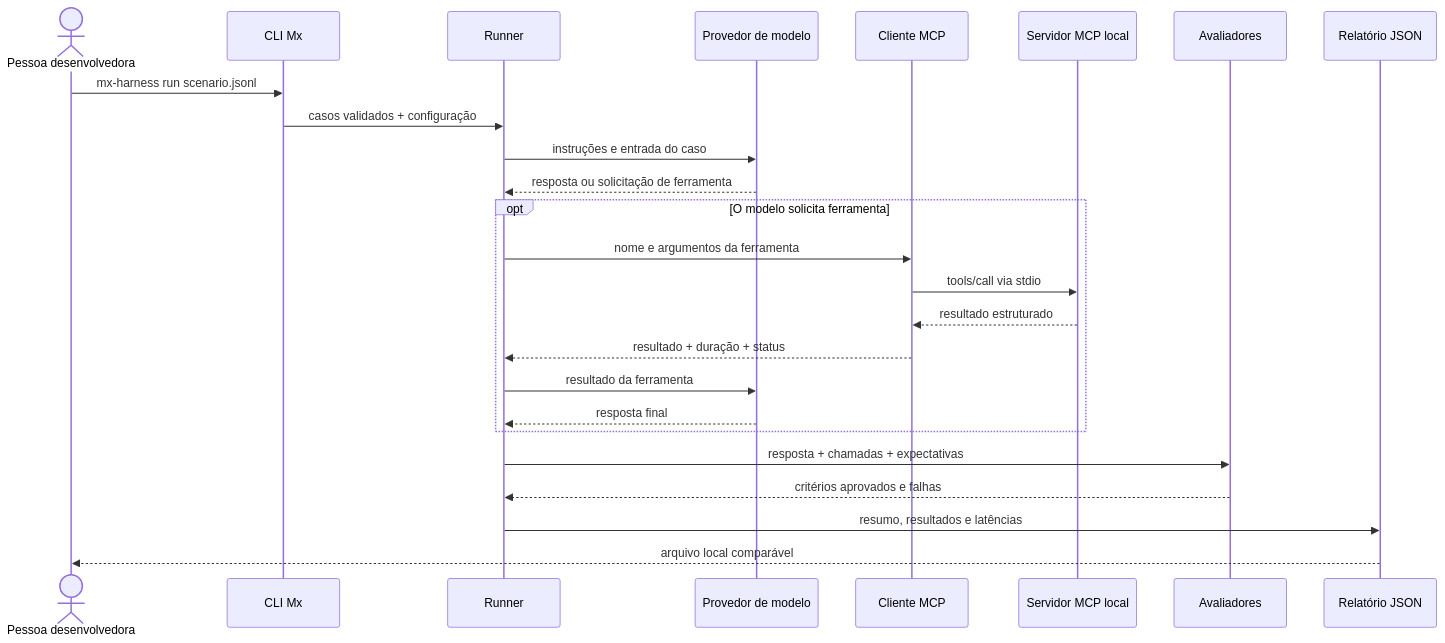
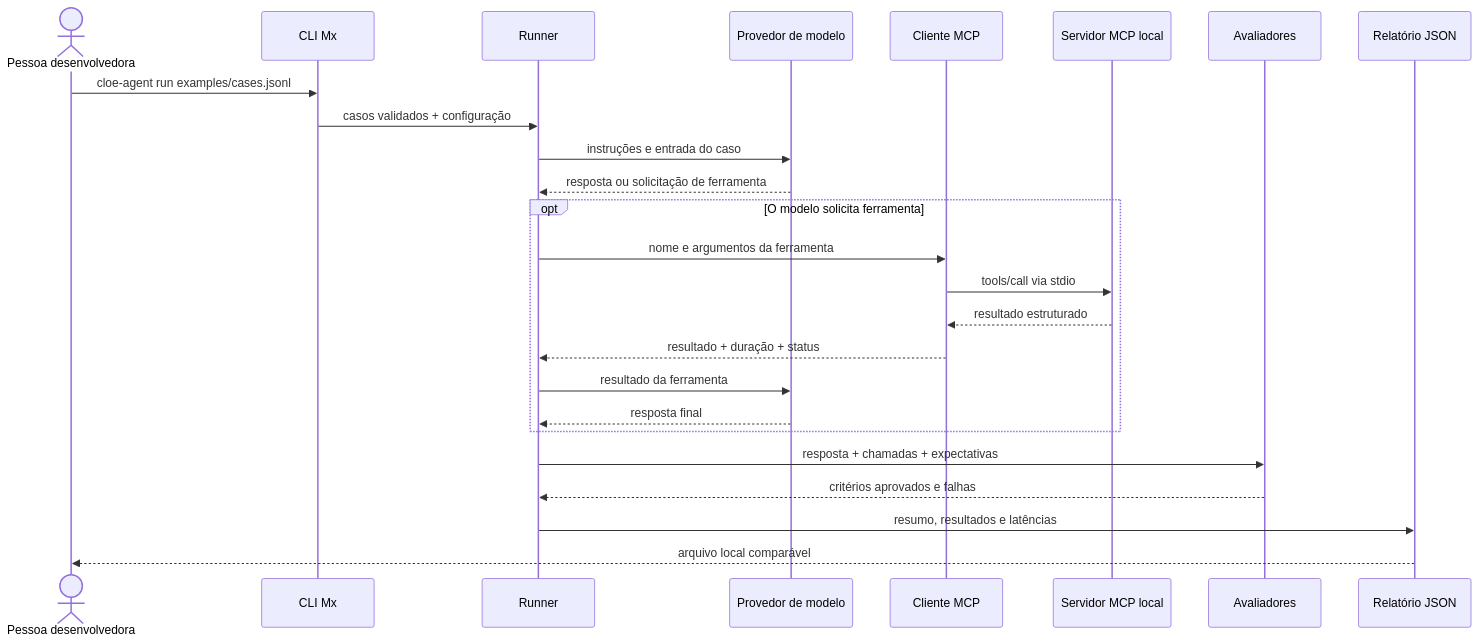
The diagram in docs/diagrams/evaluation-sequence.md (Gxstein/cloe-agent), drawn with Mermaid before and after one commit. The commit also changed 17 other files, not shown here.

````diff
--- a/docs/diagrams/evaluation-sequence.md
+++ b/docs/diagrams/evaluation-sequence.md
@@ -3,28 +3,28 @@
 ```mermaid
 sequenceDiagram
     actor Dev as Pessoa desenvolvedora
     participant CLI as CLI Mx
     participant Run as Runner
     participant Model as Provedor de modelo
     participant MCP as Cliente MCP
     participant Server as Servidor MCP local
     participant Eval as Avaliadores
     participant Report as Relatório JSON
 
-    Dev->>CLI: mx-harness run scenario.jsonl
+    Dev->>CLI: cloe-agent run examples/cases.jsonl
     CLI->>Run: casos validados + configuração
     Run->>Model: instruções e entrada do caso
     Model-->>Run: resposta ou solicitação de ferramenta
     opt O modelo solicita ferramenta
         Run->>MCP: nome e argumentos da ferramenta
         MCP->>Server: tools/call via stdio
         Server-->>MCP: resultado estruturado
         MCP-->>Run: resultado + duração + status
         Run->>Model: resultado da ferramenta
         Model-->>Run: resposta final
     end
     Run->>Eval: resposta + chamadas + expectativas
     Eval-->>Run: critérios aprovados e falhas
     Run->>Report: resumo, resultados e latências
     Report-->>Dev: arquivo local comparável
 ```
````
